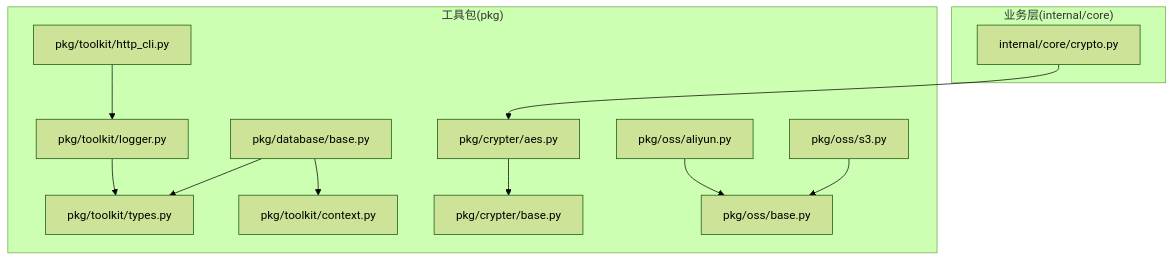
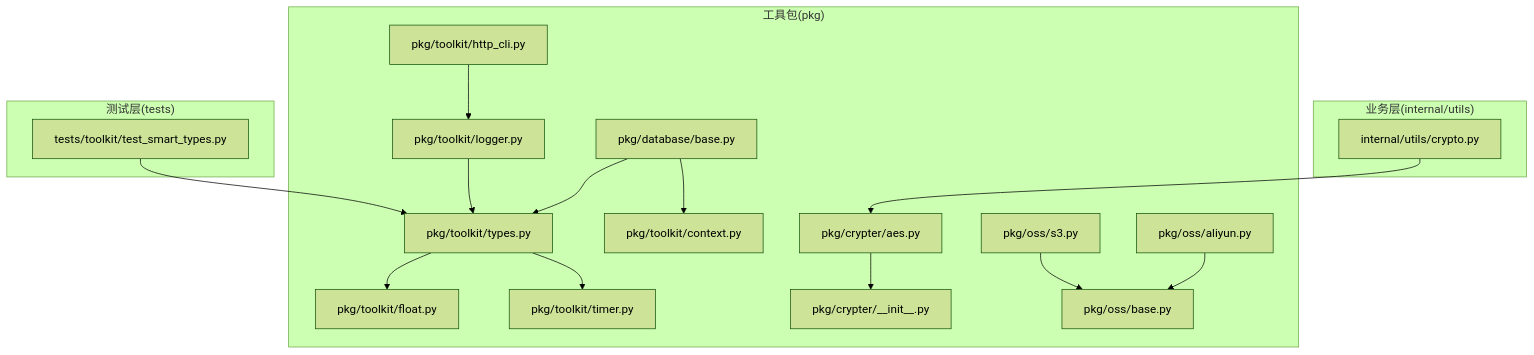
Before and after one commit to lilinzezzzzzz/fastapi-backend: the first of 3 diagrams in .qoder/repowiki/zh/content/基础设施工具/基础设施工具.md, drawn with Mermaid (forest theme). The commit also changed other lines of this file and 42 other files, not shown here.

````diff
--- a/.qoder/repowiki/zh/content/基础设施工具/基础设施工具.md
+++ b/.qoder/repowiki/zh/content/基础设施工具/基础设施工具.md
@@ -56,26 +67,34 @@
 ```mermaid
 graph TB
 subgraph "工具包(pkg)"
 TK_HTTP["pkg/toolkit/http_cli.py"]
 TK_LOGGER["pkg/toolkit/logger.py"]
 TK_TYPES["pkg/toolkit/types.py"]
 TK_CTX["pkg/toolkit/context.py"]
+TK_FLOAT["pkg/toolkit/float.py"]
+TK_TIMER["pkg/toolkit/timer.py"]
 DB_BASE["pkg/database/base.py"]
-CRYPT_BASE["pkg/crypter/base.py"]
+CRYPT_INIT["pkg/crypter/__init__.py"]
 CRYPT_AES["pkg/crypter/aes.py"]
 OSS_BASE["pkg/oss/base.py"]
 OSS_ALI["pkg/oss/aliyun.py"]
 OSS_S3["pkg/oss/s3.py"]
 end
-subgraph "业务层(internal/core)"
-CORE_CRYPTO["internal/core/crypto.py"]
+subgraph "业务层(internal/utils)"
+UTILS_CRYPTO["internal/utils/crypto.py"]
 end
-CORE_CRYPTO --> CRYPT_AES
+subgraph "测试层(tests)"
+TEST_SMART_TYPES["tests/toolkit/test_smart_types.py"]
+end
+UTILS_CRYPTO --> CRYPT_AES
 DB_BASE --> TK_TYPES
 DB_BASE --> TK_CTX
 TK_LOGGER --> TK_TYPES
 TK_HTTP --> TK_LOGGER
+TK_TYPES --> TK_FLOAT
+TK_TYPES --> TK_TIMER
 OSS_ALI --> OSS_BASE
 OSS_S3 --> OSS_BASE
-CRYPT_AES --> CRYPT_BASE
+CRYPT_AES --> CRYPT_INIT
+TEST_SMART_TYPES --> TK_TYPES
 ```
````
